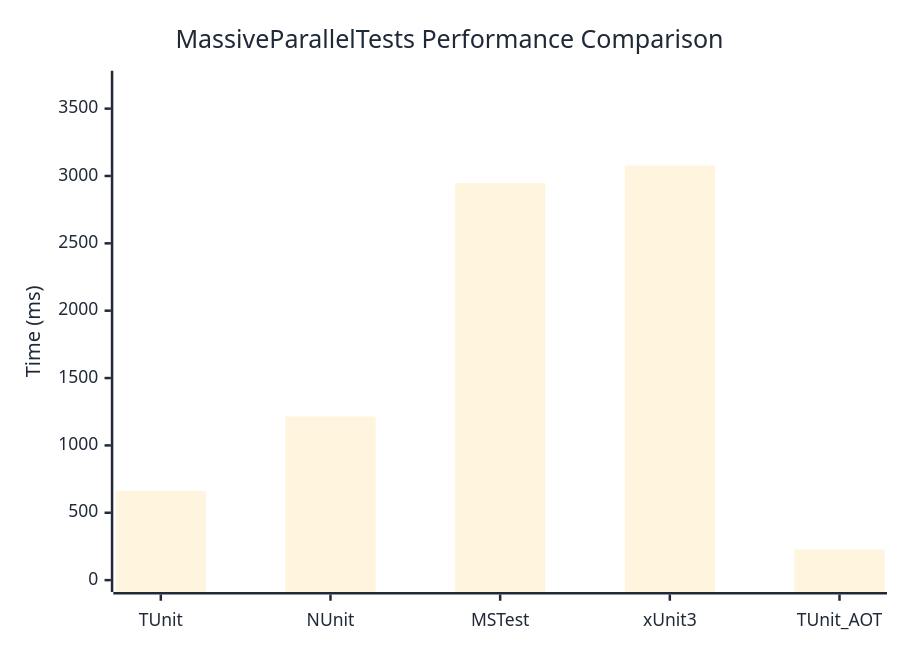
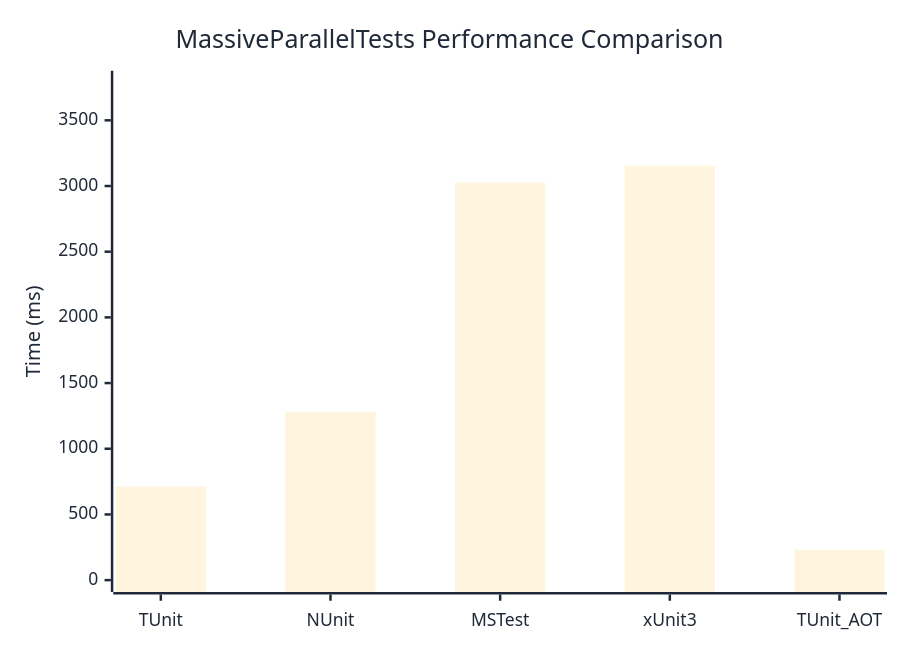
Before and after one commit to thomhurst/TUnit: the diagram in docs/docs/benchmarks/MassiveParallelTests.md, drawn with Mermaid. The commit also changed other lines of this file and 17 other files, not shown here.

````diff
--- a/docs/docs/benchmarks/MassiveParallelTests.md
+++ b/docs/docs/benchmarks/MassiveParallelTests.md
@@ -27,37 +27,37 @@
 ```mermaid
 %%{init: {
   'theme':'base',
   'themeVariables': {
     'primaryColor': '#2563eb',
     'primaryTextColor': '#1f2937',
     'primaryBorderColor': '#1e40af',
     'lineColor': '#6b7280',
     'secondaryColor': '#7c3aed',
     'tertiaryColor': '#dc2626',
     'background': '#ffffff',
     'mainBkg': '#2563eb',
     'secondBkg': '#7c3aed',
     'tertiaryBkg': '#dc2626',
     'clusterBkg': '#f3f4f6',
     'edgeLabelBackground': '#ffffff',
     'tertiaryTextColor': '#1f2937',
     'pie1': '#2563eb',
     'pie2': '#7c3aed',
     'pie3': '#dc2626',
     'pie4': '#f59e0b',
     'pie5': '#10b981',
     'pie6': '#06b6d4',
     'pie7': '#ec4899',
     'pie8': '#6366f1',
     'pie9': '#84cc16',
     'pie10': '#f97316',
     'pie11': '#14b8a6',
     'pie12': '#a855f7'
   }
 }}%%
 xychart-beta
   title "MassiveParallelTests Performance Comparison"
   x-axis ["TUnit", "NUnit", "MSTest", "xUnit3", "TUnit_AOT"]
-  y-axis "Time (ms)" 0 --> 3693
-  bar [662.5, 1215.1, 2947.3, 3076.8, 226.7]
+  y-axis "Time (ms)" 0 --> 3787
+  bar [711.6, 1281.9, 3026.4, 3155.3, 231.1]
 ```
````
